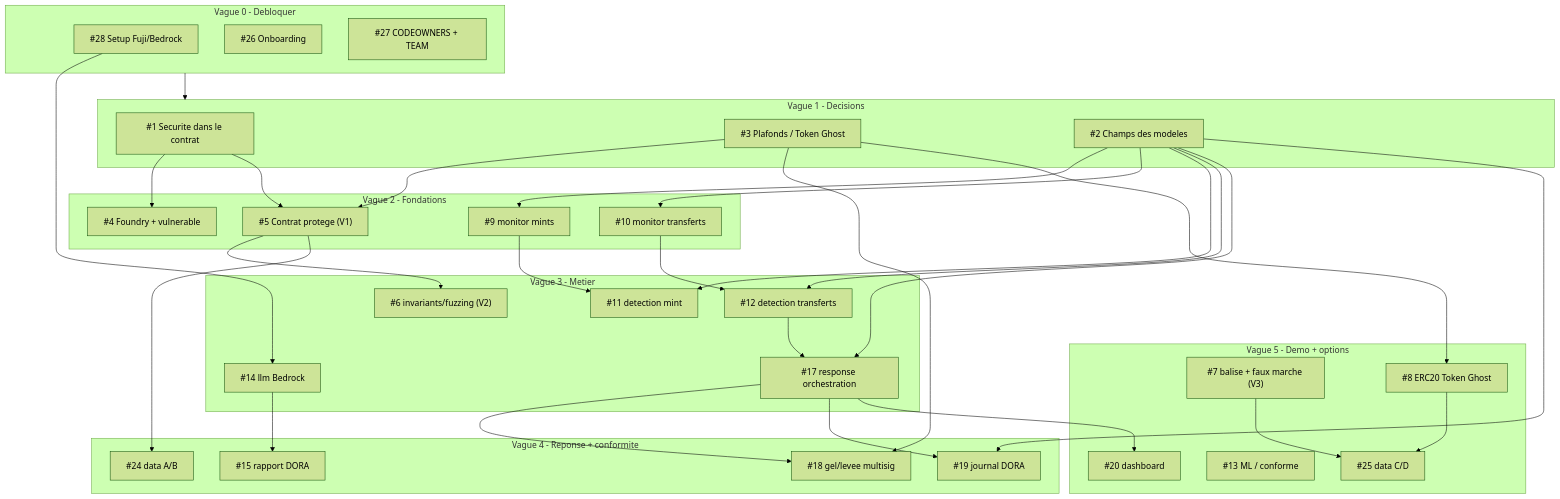
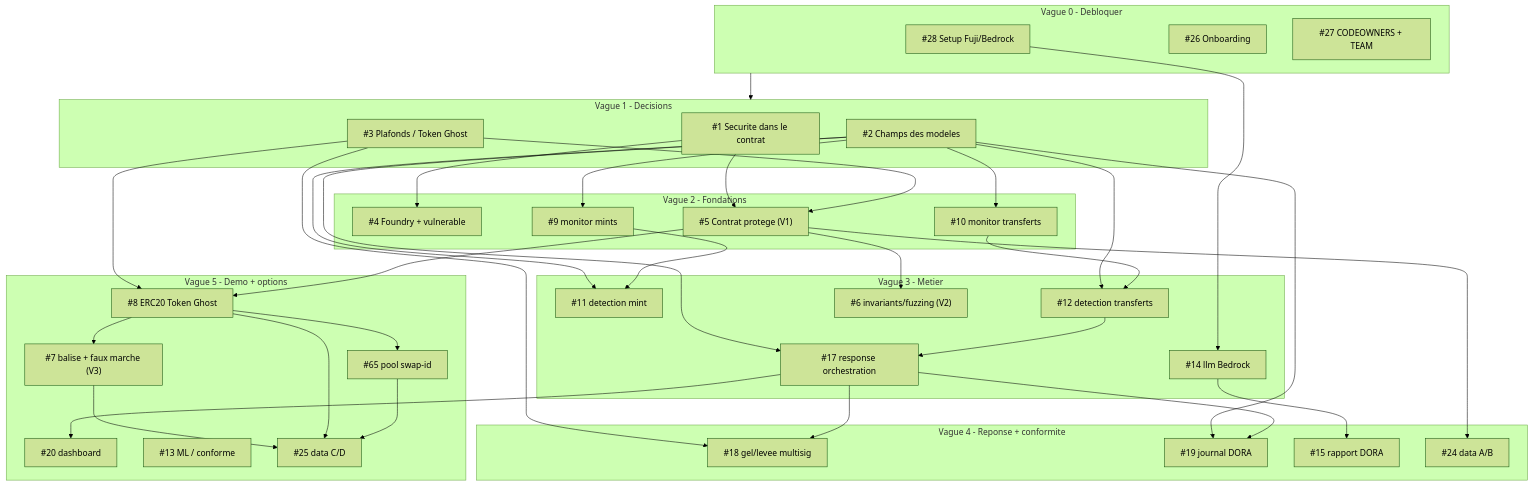
Before and after one commit to marceaupatu123/secure-horizons: the diagram in docs/ROADMAP.md, drawn with Mermaid (forest theme). The commit also changed other lines of this file and 1 other file, not shown here.

Commit message:
docs: sync roadmap with contracts decisions (#8 -> #7 -> #65)

````diff
--- a/docs/ROADMAP.md
+++ b/docs/ROADMAP.md
@@ -32,63 +32,68 @@
 ```mermaid
 flowchart TD
     subgraph V0["Vague 0 - Debloquer"]
         I28["#28 Setup Fuji/Bedrock"]
         I26["#26 Onboarding"]
         I27["#27 CODEOWNERS + TEAM"]
     end
     subgraph V1["Vague 1 - Decisions"]
         I1["#1 Securite dans le contrat"]
         I3["#3 Plafonds / Token Ghost"]
         I2["#2 Champs des modeles"]
     end
     subgraph V2["Vague 2 - Fondations"]
         I4["#4 Foundry + vulnerable"]
         I9["#9 monitor mints"]
         I10["#10 monitor transferts"]
         I5["#5 Contrat protege (V1)"]
     end
     subgraph V3["Vague 3 - Metier"]
         I11["#11 detection mint"]
         I12["#12 detection transferts"]
         I14["#14 llm Bedrock"]
         I17["#17 response orchestration"]
         I6["#6 invariants/fuzzing (V2)"]
     end
     subgraph V4["Vague 4 - Reponse + conformite"]
         I18["#18 gel/levee multisig"]
         I19["#19 journal DORA"]
         I15["#15 rapport DORA"]
         I24["#24 data A/B"]
     end
     subgraph V5["Vague 5 - Demo + options"]
         I20["#20 dashboard"]
         I7["#7 balise + faux marche (V3)"]
         I8["#8 ERC20 Token Ghost"]
+        I65["#65 pool swap-id"]
         I13["#13 ML / conforme"]
         I25["#25 data C/D"]
     end
     V0 --> V1
     I1 --> I4
     I2 --> I9
     I2 --> I10
     I1 --> I5
     I3 --> I5
     I2 --> I11
     I9 --> I11
     I2 --> I12
     I10 --> I12
     I28 --> I14
     I2 --> I17
     I12 --> I17
     I5 --> I6
     I3 --> I18
     I17 --> I18
     I2 --> I19
     I17 --> I19
     I14 --> I15
     I5 --> I24
     I17 --> I20
     I3 --> I8
+    I5 --> I8
+    I8 --> I7
+    I8 --> I65
     I7 --> I25
     I8 --> I25
+    I65 --> I25
 ```
````
